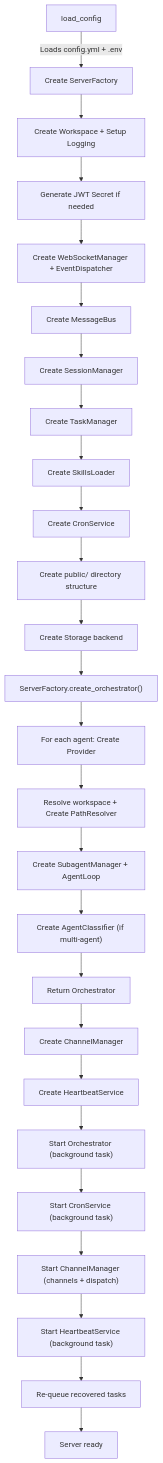
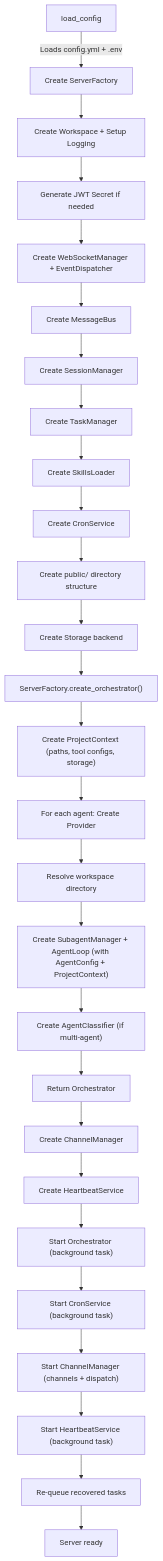
One commit to openbotx/openbotx changed the second of 19 diagrams in docs/flow.md. Above: the diagram before and after it, drawn with Mermaid. The commit also changed other lines of this file and 28 other files, not shown here.

````diff
--- a/docs/flow.md
+++ b/docs/flow.md
@@ -71,28 +71,29 @@
 ```mermaid
 graph TD
     A[load_config] -->|Loads config.yml + .env| B[Create ServerFactory]
     B --> C[Create Workspace + Setup Logging]
     C --> D[Generate JWT Secret if needed]
     D --> E[Create WebSocketManager + EventDispatcher]
     E --> F[Create MessageBus]
     F --> G[Create SessionManager]
     G --> H[Create TaskManager]
     H --> I[Create SkillsLoader]
     I --> J[Create CronService]
     J --> K[Create public/ directory structure]
     K --> L[Create Storage backend]
     L --> M["ServerFactory.create_orchestrator()"]
-    M --> M1["For each agent: Create Provider"]
-    M1 --> M2["Resolve workspace + Create PathResolver"]
-    M2 --> M3["Create SubagentManager + AgentLoop"]
+    M --> M0["Create ProjectContext (paths, tool configs, storage)"]
+    M0 --> M1["For each agent: Create Provider"]
+    M1 --> M2["Resolve workspace directory"]
+    M2 --> M3["Create SubagentManager + AgentLoop (with AgentConfig + ProjectContext)"]
     M3 --> M4["Create AgentClassifier (if multi-agent)"]
     M4 --> M5["Return Orchestrator"]
     M5 --> N[Create ChannelManager]
     N --> O[Create HeartbeatService]
     O --> P["Start Orchestrator (background task)"]
     P --> Q["Start CronService (background task)"]
     Q --> R["Start ChannelManager (channels + dispatch)"]
     R --> S["Start HeartbeatService (background task)"]
     S --> T[Re-queue recovered tasks]
     T --> U[Server ready]
 ```
````
